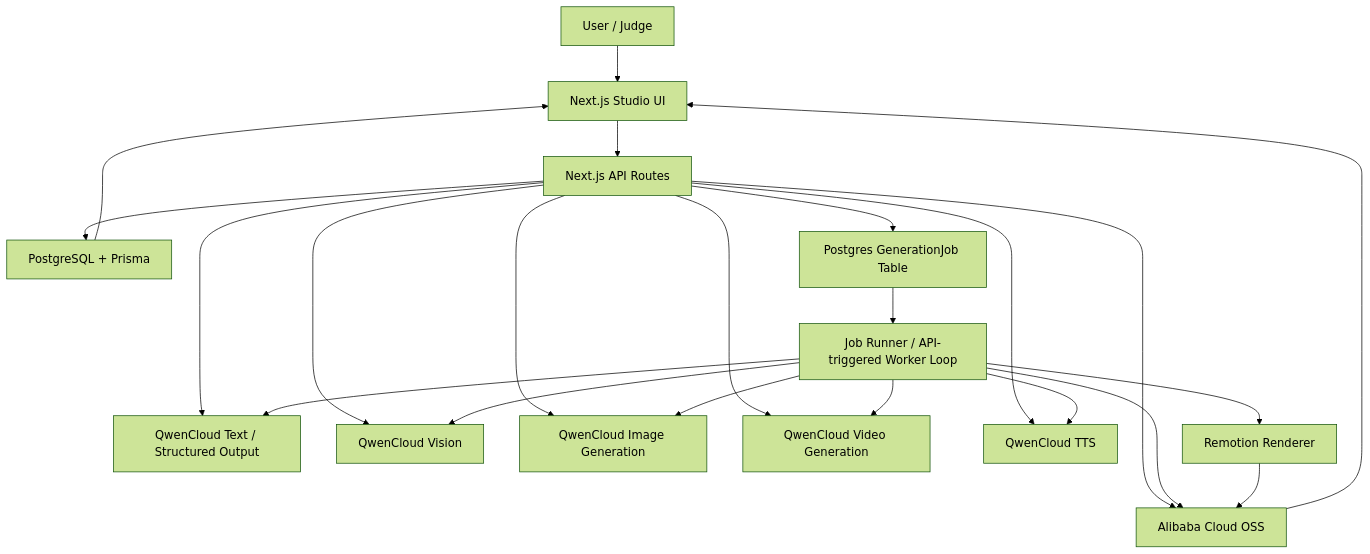
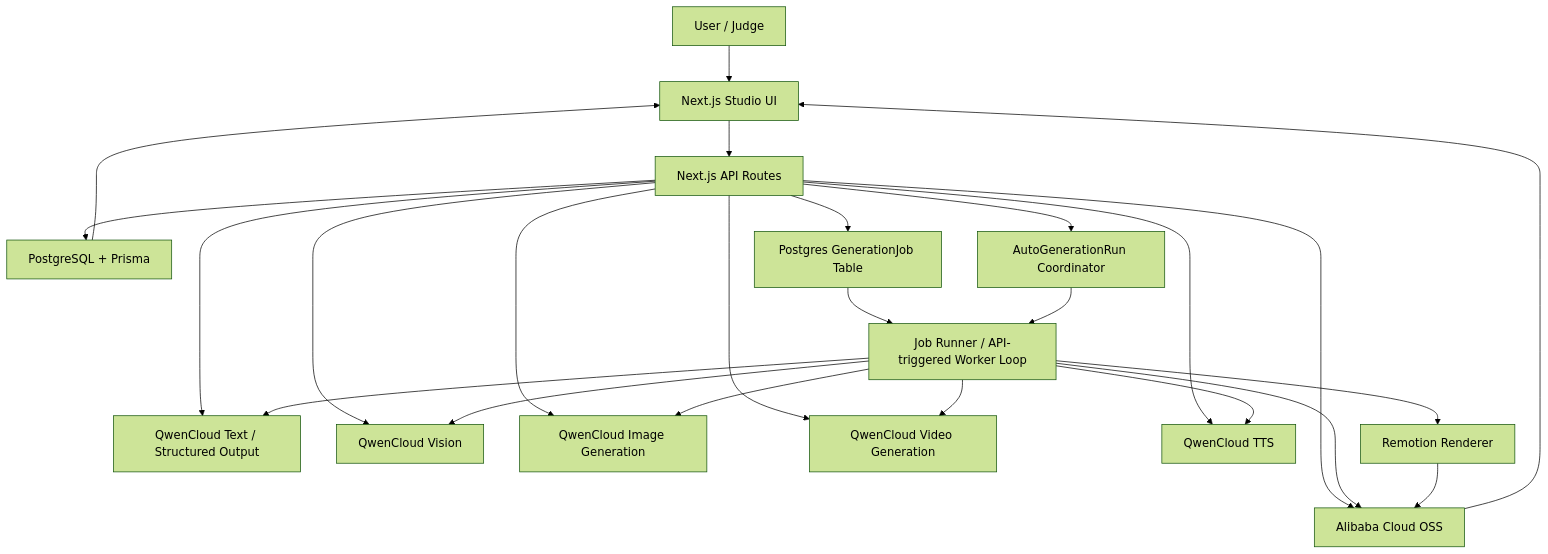
The diagram in docs/architecture.md (igbokwenu/reelai), drawn with Mermaid (forest theme) before and after one commit. The commit also changed other lines of this file and 17 other files, not shown here.

````diff
--- a/docs/architecture.md
+++ b/docs/architecture.md
@@ -9,28 +9,30 @@
 ```mermaid
 flowchart TB
   User["User / Judge"] --> Web["Next.js Studio UI"]
   Web --> Api["Next.js API Routes"]
 
   Api --> Db["PostgreSQL + Prisma"]
   Api --> Oss["Alibaba Cloud OSS"]
   Api --> Jobs["Postgres GenerationJob Table"]
+  Api --> AutoRuns["AutoGenerationRun Coordinator"]
 
   Api --> QwenText["QwenCloud Text / Structured Output"]
   Api --> QwenVision["QwenCloud Vision"]
   Api --> QwenImage["QwenCloud Image Generation"]
   Api --> QwenVideo["QwenCloud Video Generation"]
   Api --> QwenTts["QwenCloud TTS"]
 
   Jobs --> Worker["Job Runner / API-triggered Worker Loop"]
+  AutoRuns --> Worker
   Worker --> QwenText
   Worker --> QwenVision
   Worker --> QwenImage
   Worker --> QwenVideo
   Worker --> QwenTts
   Worker --> Oss
   Worker --> Remotion["Remotion Renderer"]
   Remotion --> Oss
 
   Oss --> Web
   Db --> Web
 ```
````
